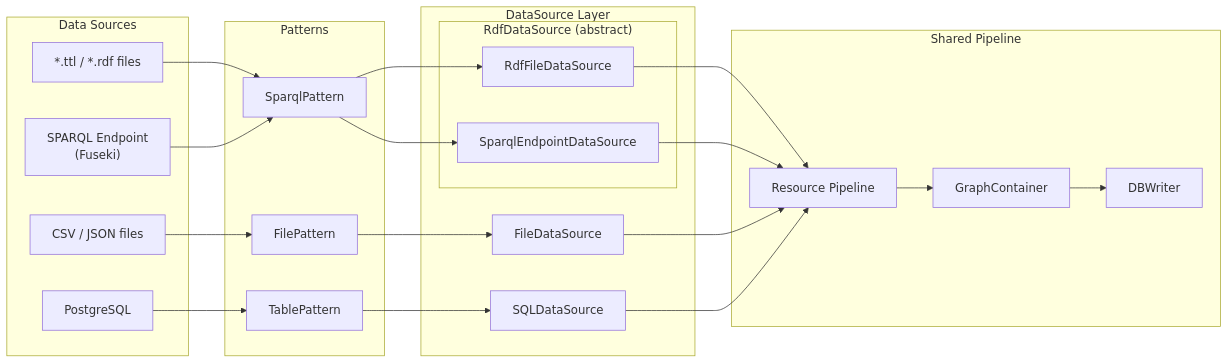
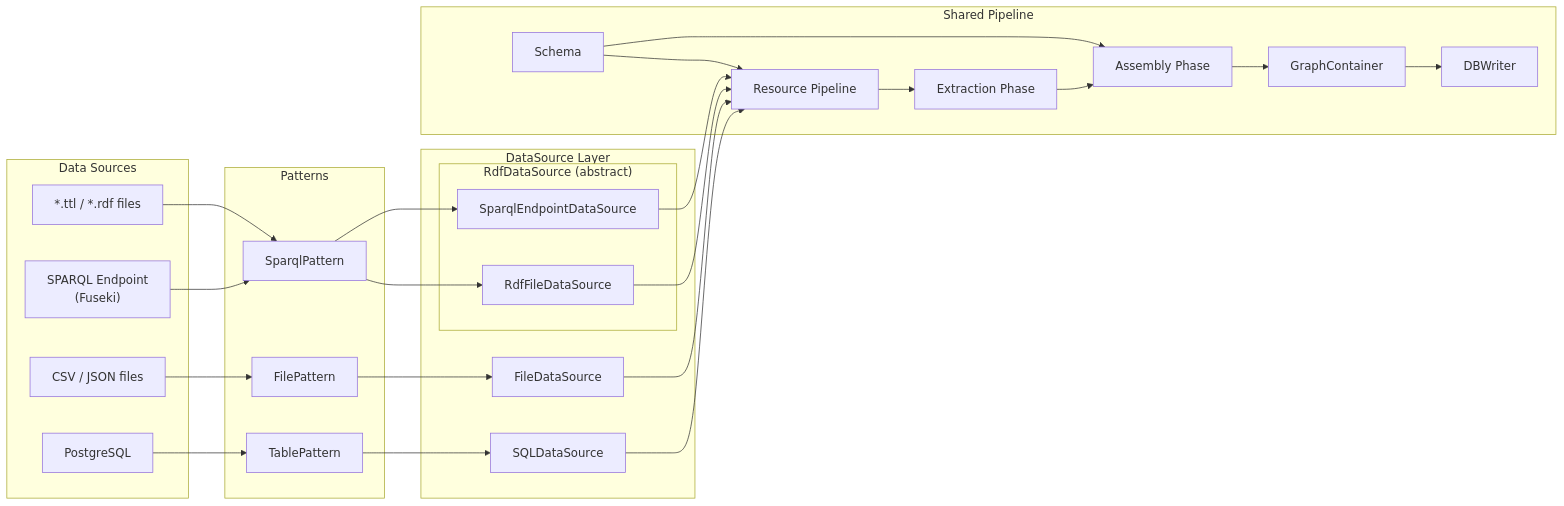
Before and after one commit to growgraph/graflo: the second of 7 diagrams in docs/concepts/index.md, drawn with Mermaid. The commit also changed other lines of this file and 91 other files, not shown here.

````diff
--- a/docs/concepts/index.md
+++ b/docs/concepts/index.md
@@ -44,33 +48,38 @@
 ```mermaid
 flowchart LR
     subgraph sources [Data Sources]
         TTL["*.ttl / *.rdf files"]
         Fuseki["SPARQL Endpoint<br/>(Fuseki)"]
         Files["CSV / JSON files"]
         PG["PostgreSQL"]
     end
     subgraph patterns [Patterns]
         FP[FilePattern]
         TP[TablePattern]
         SP[SparqlPattern]
     end
     subgraph datasources [DataSource Layer]
         subgraph rdfFamily ["RdfDataSource (abstract)"]
             RdfDS[RdfFileDataSource]
             SparqlDS[SparqlEndpointDataSource]
         end
         FileDS[FileDataSource]
         SQLDS[SQLDataSource]
     end
     subgraph pipeline [Shared Pipeline]
+        Sch[Schema]
         Res[Resource Pipeline]
+        Ex[Extraction Phase]
+        Asm[Assembly Phase]
         GC[GraphContainer]
         DBW[DBWriter]
     end
 
     TTL --> SP --> RdfDS --> Res
     Fuseki --> SP --> SparqlDS --> Res
     Files --> FP --> FileDS --> Res
     PG --> TP --> SQLDS --> Res
-    Res --> GC --> DBW
+    Sch --> Res
+    Sch --> Asm
+    Res --> Ex --> Asm --> GC --> DBW
 ```
````
